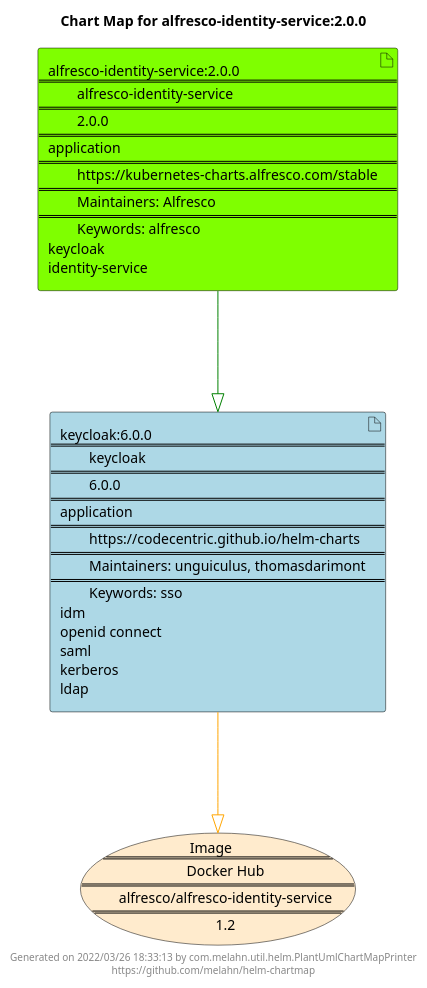
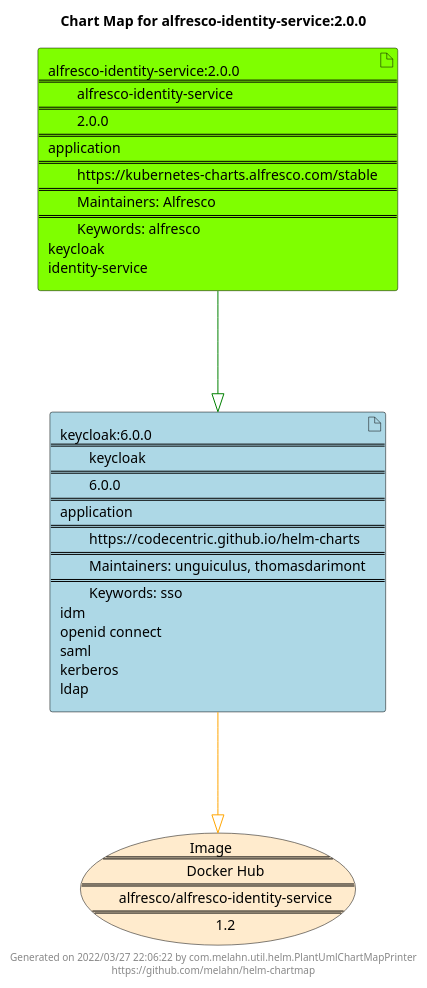
The diagram in docs/alfresco-identity-service/alfresco-identity-service-2.0.0.puml (melahn/helm-chartmap), drawn with PlantUML before and after one commit. The commit also changed 55 other files, not shown here.

Commit message:
Update Example Chart Maps as part of GitHub build

```diff
--- a/docs/alfresco-identity-service/alfresco-identity-service-2.0.0.puml
+++ b/docs/alfresco-identity-service/alfresco-identity-service-2.0.0.puml
@@ -1,23 +1,23 @@
 @startuml
 skinparam linetype ortho
 skinparam backgroundColor white
 skinparam usecaseBorderColor black
 skinparam usecaseArrowColor LightSlateGray
 skinparam artifactBorderColor black
 skinparam artifactArrowColor LightSlateGray
 
 title Chart Map for alfresco-identity-service:2.0.0
 
 'There are 2 referenced Helm Charts
 artifact "keycloak:6.0.0\n====\n\tkeycloak\n====\n\t6.0.0\n====\napplication\n====\n\thttps://codecentric.github.io/helm-charts\n====\n\tMaintainers: unguiculus, thomasdarimont\n====\n\tKeywords: sso\nidm\nopenid connect\nsaml\nkerberos\nldap" as keycloak_6_0_0 #LightBlue
 artifact "alfresco-identity-service:2.0.0\n====\n\talfresco-identity-service\n====\n\t2.0.0\n====\napplication\n====\n\thttps://kubernetes-charts.alfresco.com/stable\n====\n\tMaintainers: Alfresco\n====\n\tKeywords: alfresco\nkeycloak\nidentity-service" as alfresco_identity_service_2_0_0 #Chartreuse
 
 'There is one referenced Docker Image
 usecase "Image\n====\n\tDocker Hub\n====\n\talfresco/alfresco-identity-service\n====\n\t1.2" as alfresco_alfresco_identity_service_1_2 #BlanchedAlmond
 
 'Chart Dependencies
 alfresco_identity_service_2_0_0--[#green]-|>keycloak_6_0_0
 keycloak_6_0_0--[#orange]-|>alfresco_alfresco_identity_service_1_2
 
-center footer Generated on 2022/03/26 18:33:13 by com.melahn.util.helm.PlantUmlChartMapPrinter\nhttps://github.com/melahn/helm-chartmap
+center footer Generated on 2022/03/27 22:06:22 by com.melahn.util.helm.PlantUmlChartMapPrinter\nhttps://github.com/melahn/helm-chartmap
 @enduml
```
